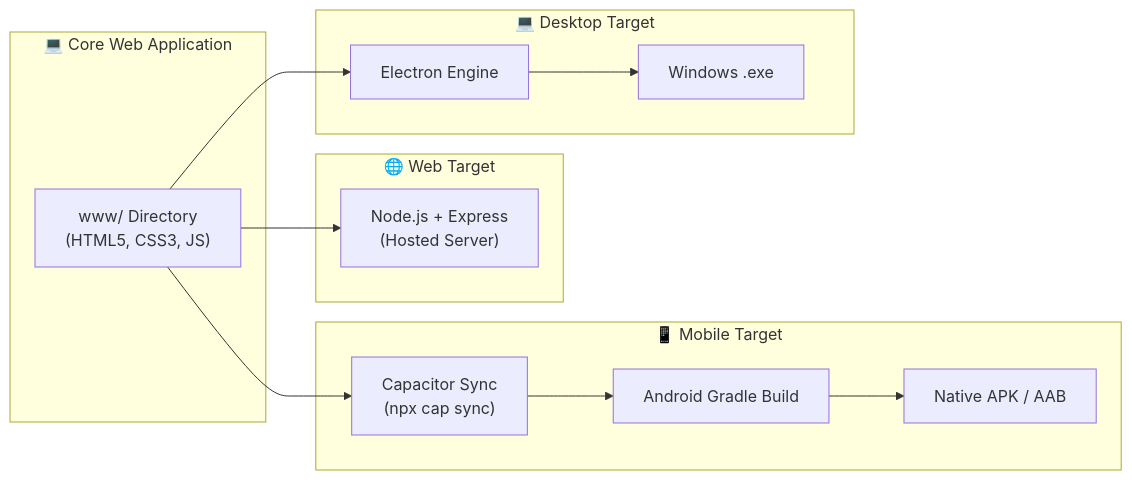
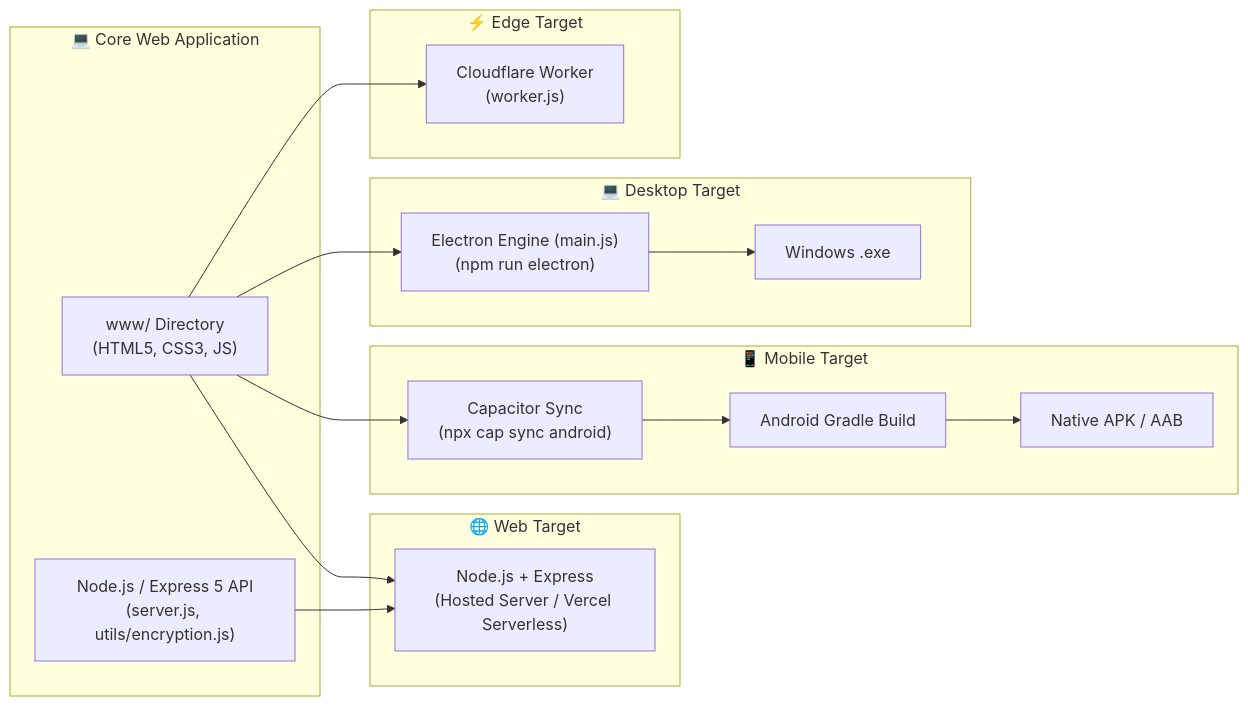
The second of 2 diagrams in README.md (dhyangandhi/MindHelix-AI), drawn with Mermaid before and after one commit. The commit also changed other lines of this file, not shown here.

````diff
--- a/README.md
+++ b/README.md
@@ -155,25 +185,33 @@
 ```mermaid
 flowchart LR
     subgraph Source["💻 Core Web Application"]
         HTML_CSS_JS["www/ Directory\n(HTML5, CSS3, JS)"]
+        API["Node.js / Express 5 API\n(server.js, utils/encryption.js)"]
     end
 
     subgraph Web["🌐 Web Target"]
-        NodeServer["Node.js + Express\n(Hosted Server)"]
+        NodeServer["Node.js + Express\n(Hosted Server / Vercel Serverless)"]
     end
 
     subgraph Mobile["📱 Mobile Target"]
-        CapacitorCLI["Capacitor Sync\n(npx cap sync)"]
+        CapacitorCLI["Capacitor Sync\n(npx cap sync android)"]
         AndroidBuild["Android Gradle Build"]
         APK_Bundle["Native APK / AAB"]
     end
 
     subgraph Desktop["💻 Desktop Target"]
-        ElectronBuild["Electron Engine"]
+        ElectronBuild["Electron Engine (main.js)\n(npm run electron)"]
         ExeBundle["Windows .exe"]
     end
 
+    subgraph Edge["⚡ Edge Target"]
+        CFWorker["Cloudflare Worker\n(worker.js)"]
+    end
+
     HTML_CSS_JS --> NodeServer
+    API --> NodeServer
+    
     HTML_CSS_JS --> CapacitorCLI --> AndroidBuild --> APK_Bundle
     HTML_CSS_JS --> ElectronBuild --> ExeBundle
+    HTML_CSS_JS --> CFWorker
 ```
````
